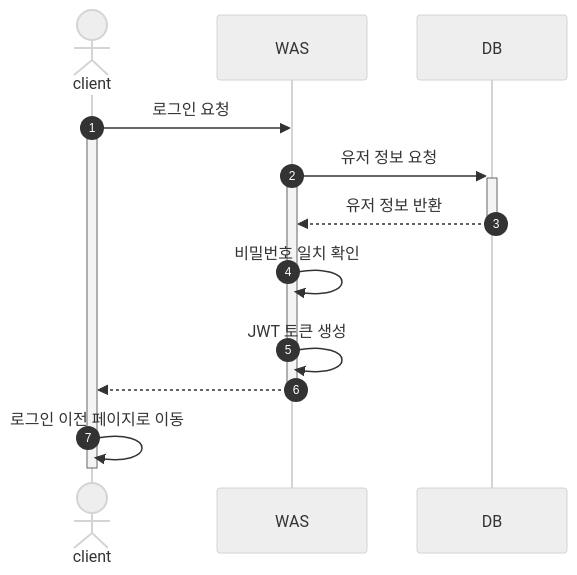
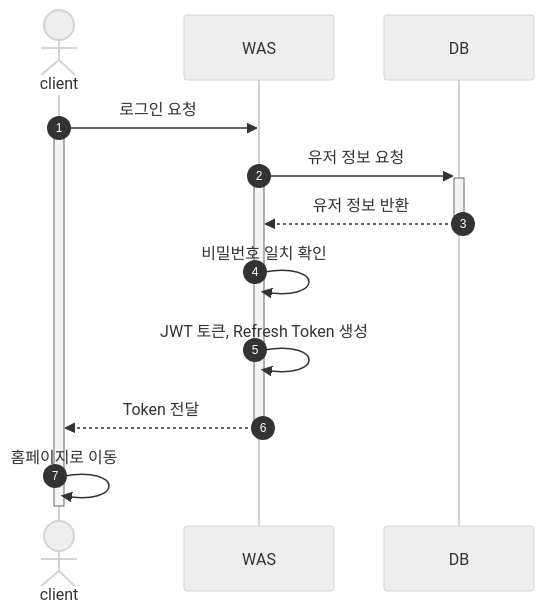
Before and after one commit to JadeKim042386/My3D: the second of 7 diagrams in README.md, drawn with Mermaid (neutral theme). The commit also changed other lines of this file, not shown here.

````diff
--- a/README.md
+++ b/README.md
@@ -78,15 +78,15 @@
 ```mermaid
 sequenceDiagram
     autonumber
     actor client
     client ->> WAS: 로그인 요청
     activate client
     WAS ->>+ DB: 유저 정보 요청
     activate WAS
     DB -->>- WAS: 유저 정보 반환
     WAS ->> WAS: 비밀번호 일치 확인
-    WAS ->> WAS: JWT 토큰 생성
-    WAS -->>- client: 
-    client ->> client: 로그인 이전 페이지로 이동
+    WAS ->> WAS: JWT 토큰, Refresh Token 생성
+    WAS -->>- client: Token 전달
+    client ->> client: 홈페이지로 이동
     deactivate client
 ```
````
